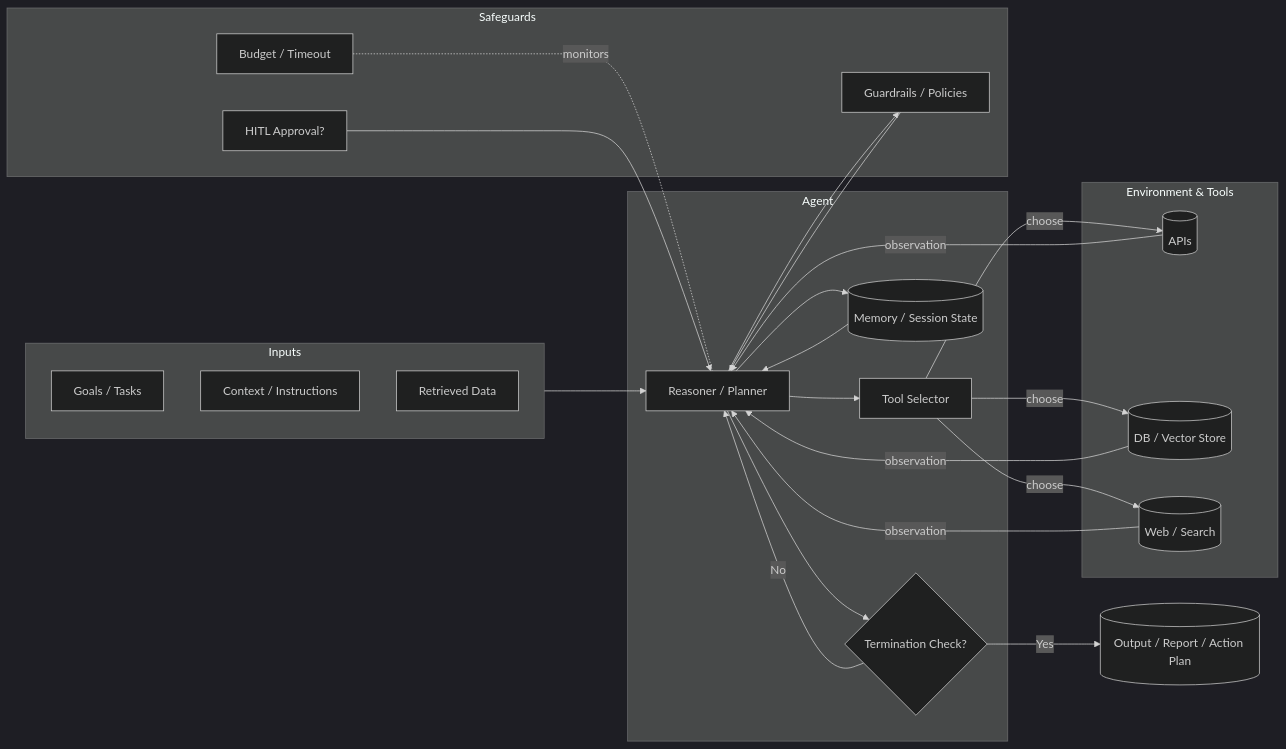
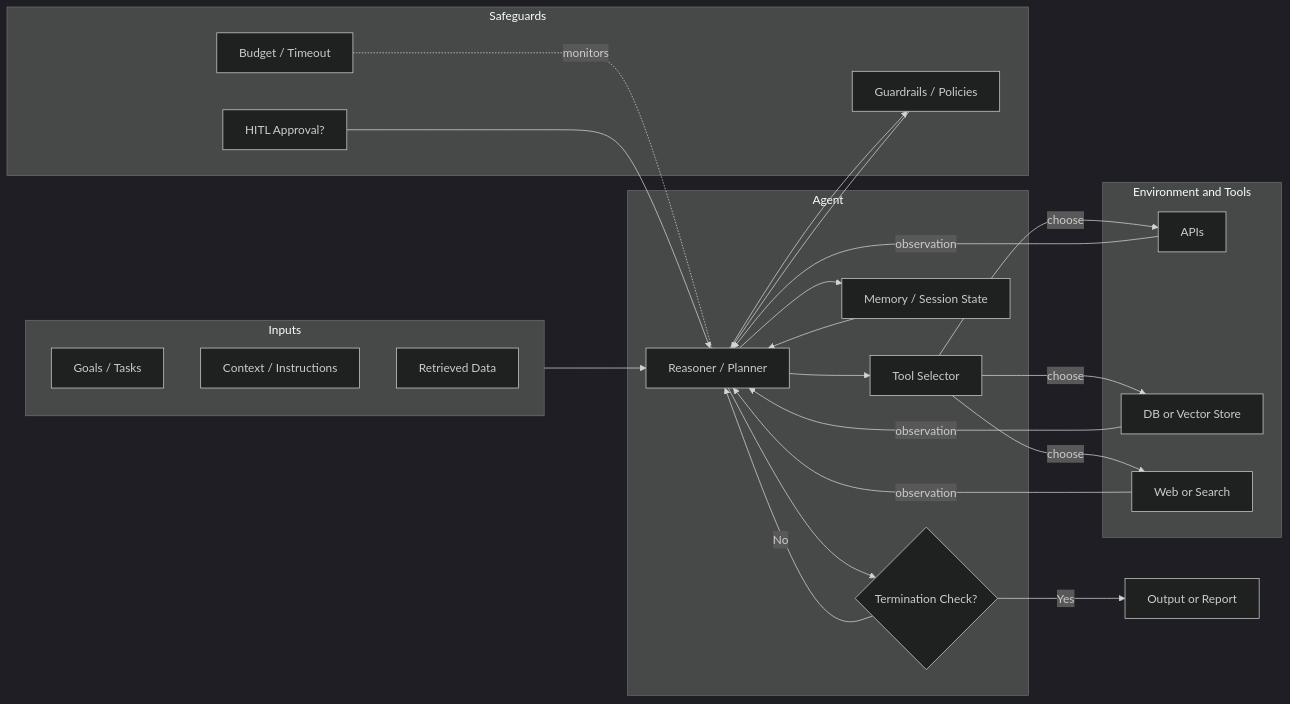
One commit to jsmoelling/AgenticAI changed the first of 9 diagrams in Agents_Visualization.md. Above: the diagram before and after it, drawn with Mermaid (dark theme). The commit also changed other lines of this file, not shown here.

````diff
--- a/Agents_Visualization.md
+++ b/Agents_Visualization.md
@@ -9,47 +9,47 @@
 ```mermaid
 flowchart LR
   subgraph Inputs
     G[Goals / Tasks]
     C[Context / Instructions]
     D[Retrieved Data]
   end
 
   subgraph Agent
     R[Reasoner / Planner]
     TSel[Tool Selector]
-    M[(Memory / Session State)]
+    M[Memory / Session State]
     TCrit{Termination Check?}
   end
 
   subgraph Safeguards
     GR[Guardrails / Policies]
     H[HITL Approval?]
     B[Budget / Timeout]
   end
 
-  subgraph Env[Environment & Tools]
-    Tool1[(APIs)]
-    Tool2[(DB / Vector Store)]
-    Tool3[(Web / Search)]
+  subgraph Env[Environment and Tools]
+    Tool1[APIs]
+    Tool2[DB or Vector Store]
+    Tool3[Web or Search]
   end
 
   Inputs --> R
   M --> R
   R --> GR
   GR --> R
 
   R --> TSel
   TSel -->|choose| Tool1
   TSel -->|choose| Tool2
   TSel -->|choose| Tool3
   Tool1 -->|observation| R
   Tool2 -->|observation| R
   Tool3 -->|observation| R
 
   R --> M
   R --> TCrit
   B -. monitors .- R
   H --> R
   TCrit -->|No| R
-  TCrit -->|Yes| O[(Output / Report / Action Plan)]
+  TCrit -->|Yes| O[Output or Report]
 ```
````
